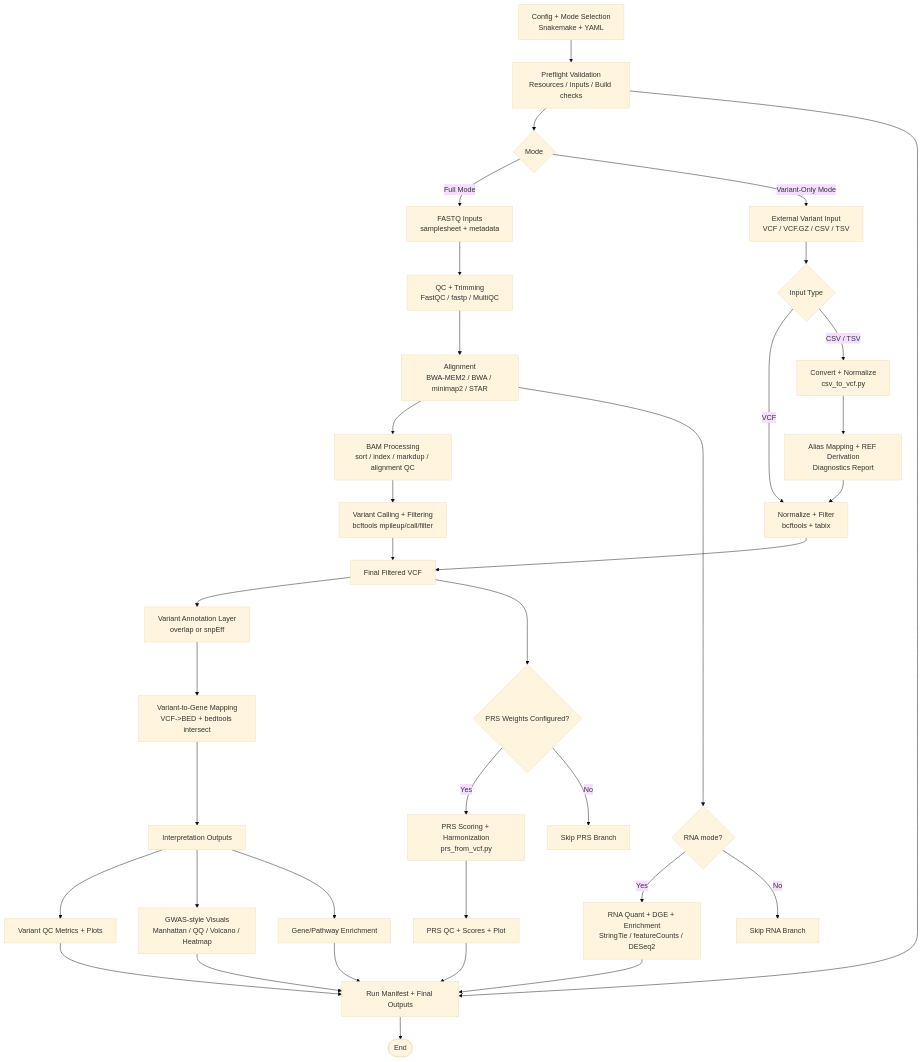
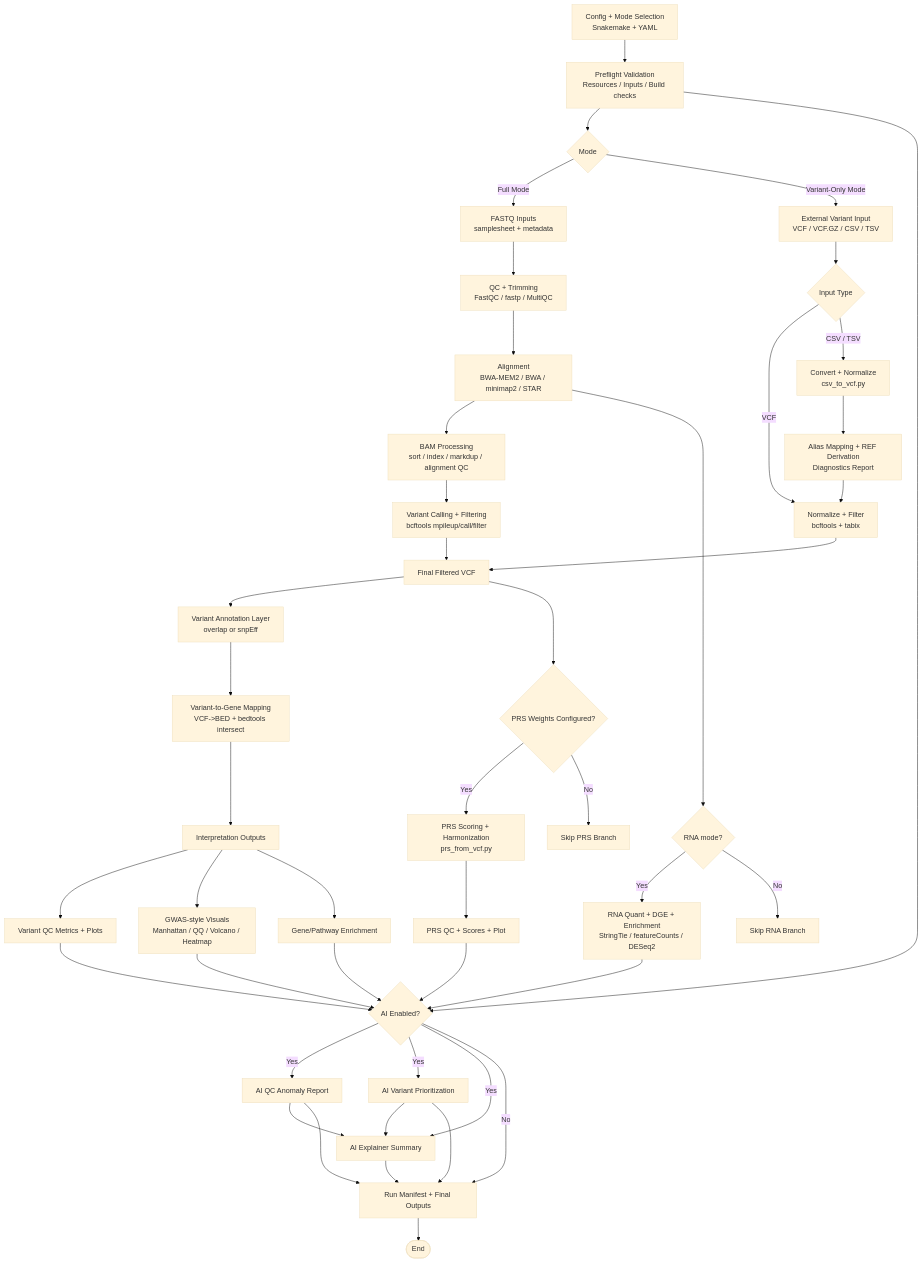
One commit to vamsee2k1/PRS_GWAS_SNP_PIPELINE changed the diagram in docs/assets/flowcharts/linkedin_pipeline_flowchart.mmd. Above: the diagram before and after it, drawn with Mermaid (base theme). The commit also changed 4 other files, not shown here.

Commit message:
docs(flowcharts): add explicit AI branch and outputs across pipeline diagrams

```diff
--- a/docs/assets/flowcharts/linkedin_pipeline_flowchart.mmd
+++ b/docs/assets/flowcharts/linkedin_pipeline_flowchart.mmd
@@ -1,48 +1,60 @@
 flowchart TB
     A[Config + Mode Selection<br/>Snakemake + YAML] --> B[Preflight Validation<br/>Resources / Inputs / Build checks]
     B --> C{Mode}
 
     %% FULL MODE
     C -->|Full Mode| F1[FASTQ Inputs<br/>samplesheet + metadata]
     F1 --> F2[QC + Trimming<br/>FastQC / fastp / MultiQC]
     F2 --> F3[Alignment<br/>BWA-MEM2 / BWA / minimap2 / STAR]
     F3 --> F4[BAM Processing<br/>sort / index / markdup / alignment QC]
     F4 --> F5[Variant Calling + Filtering<br/>bcftools mpileup/call/filter]
     F5 --> VFINAL[Final Filtered VCF]
 
     %% VARIANT ONLY
     C -->|Variant-Only Mode| V1[External Variant Input<br/>VCF / VCF.GZ / CSV / TSV]
     V1 --> V2{Input Type}
     V2 -->|VCF| V3[Normalize + Filter<br/>bcftools + tabix]
     V2 -->|CSV / TSV| V4[Convert + Normalize<br/>csv_to_vcf.py]
     V4 --> V5[Alias Mapping + REF Derivation<br/>Diagnostics Report]
     V5 --> V3
     V3 --> VFINAL
 
     %% SHARED INTERPRETATION
     VFINAL --> I1[Variant Annotation Layer<br/>overlap or snpEff]
     I1 --> I2[Variant-to-Gene Mapping<br/>VCF->BED + bedtools intersect]
     I2 --> I3[Interpretation Outputs]
     I3 --> I31[Variant QC Metrics + Plots]
     I3 --> I32[GWAS-style Visuals<br/>Manhattan / QQ / Volcano / Heatmap]
     I3 --> I33[Gene/Pathway Enrichment]
 
     %% PRS
     VFINAL --> P1{PRS Weights Configured?}
     P1 -->|Yes| P2[PRS Scoring + Harmonization<br/>prs_from_vcf.py]
     P2 --> P3[PRS QC + Scores + Plot]
     P1 -->|No| P4[Skip PRS Branch]
 
     %% RNA branch
     F3 --> R1{RNA mode?}
     R1 -->|Yes| R2[RNA Quant + DGE + Enrichment<br/>StringTie / featureCounts / DESeq2]
     R1 -->|No| R3[Skip RNA Branch]
 
+    %% AI (optional)
+    I31 --> AI0{AI Enabled?}
+    I32 --> AI0
+    I33 --> AI0
+    P3 --> AI0
+    R2 --> AI0
+    B --> AI0
+
+    AI0 -->|Yes| AI1[AI QC Anomaly Report]
+    AI0 -->|Yes| AI2[AI Variant Prioritization]
+    AI0 -->|Yes| AI3[AI Explainer Summary]
+    AI1 --> AI3
+    AI2 --> AI3
+
     %% Final
-    I31 --> Z[Run Manifest + Final Outputs]
-    I32 --> Z
-    I33 --> Z
-    P3 --> Z
-    R2 --> Z
-    B --> Z
+    AI0 -->|No| Z[Run Manifest + Final Outputs]
+    AI1 --> Z
+    AI2 --> Z
+    AI3 --> Z
     Z --> END([End])
```
